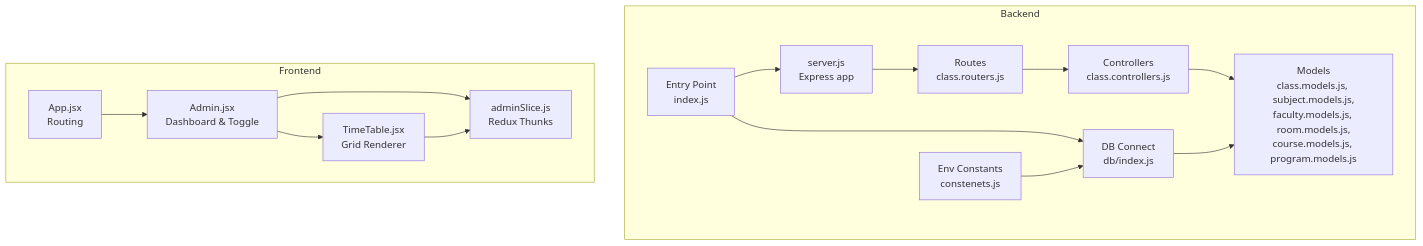
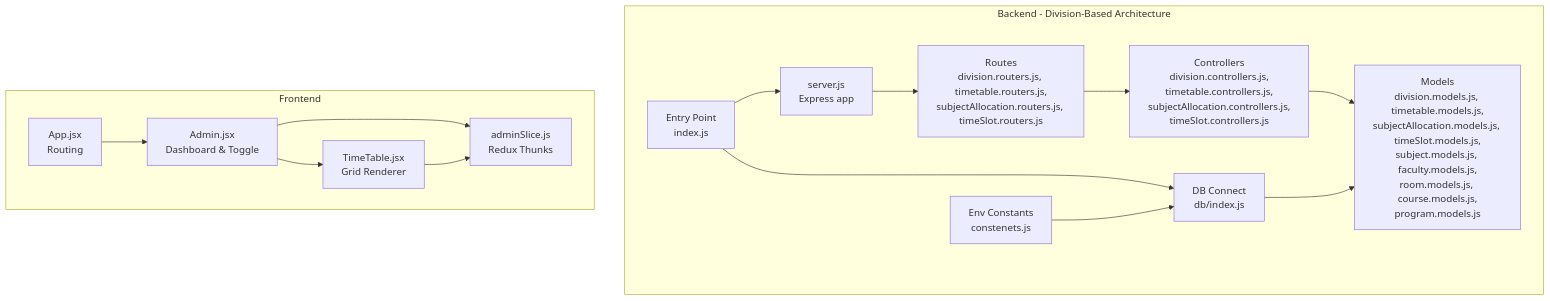
The first of 10 diagrams in .qoder/repowiki/en/content/Timetable Generation System/Timetable Generation System.md (Aryan9060/Timetable-Project), drawn with Mermaid before and after one commit. The commit also changed other lines of this file and 15 other files, not shown here.

````diff
--- a/.qoder/repowiki/en/content/Timetable Generation System/Timetable Generation System.md
+++ b/.qoder/repowiki/en/content/Timetable Generation System/Timetable Generation System.md
@@ -40,29 +57,29 @@
 ```mermaid
 graph TB
-subgraph "Backend"
+subgraph "Backend - Division-Based Architecture"
 S["server.js<br/>Express app"]
-R["Routes<br/>class.routers.js"]
-C["Controllers<br/>class.controllers.js"]
-M["Models<br/>class.models.js, subject.models.js,<br/>faculty.models.js, room.models.js,<br/>course.models.js, program.models.js"]
+R["Routes<br/>division.routers.js, timetable.routers.js,<br/>subjectAllocation.routers.js, timeSlot.routers.js"]
+C["Controllers<br/>division.controllers.js,<br/>timetable.controllers.js,<br/>subjectAllocation.controllers.js,<br/>timeSlot.controllers.js"]
+M["Models<br/>division.models.js, timetable.models.js,<br/>subjectAllocation.models.js, timeSlot.models.js,<br/>subject.models.js, faculty.models.js,<br/>room.models.js, course.models.js,<br/>program.models.js"]
 D["DB Connect<br/>db/index.js"]
 E["Env Constants<br/>constenets.js"]
 I["Entry Point<br/>index.js"]
 end
 subgraph "Frontend"
 A["App.jsx<br/>Routing"]
 AD["Admin.jsx<br/>Dashboard & Toggle"]
 TT["TimeTable.jsx<br/>Grid Renderer"]
 AS["adminSlice.js<br/>Redux Thunks"]
 end
 I --> D
 I --> S
 S --> R
 R --> C
 C --> M
 D --> M
 E --> D
 A --> AD
 AD --> TT
 AD --> AS
 TT --> AS
 ```
````
